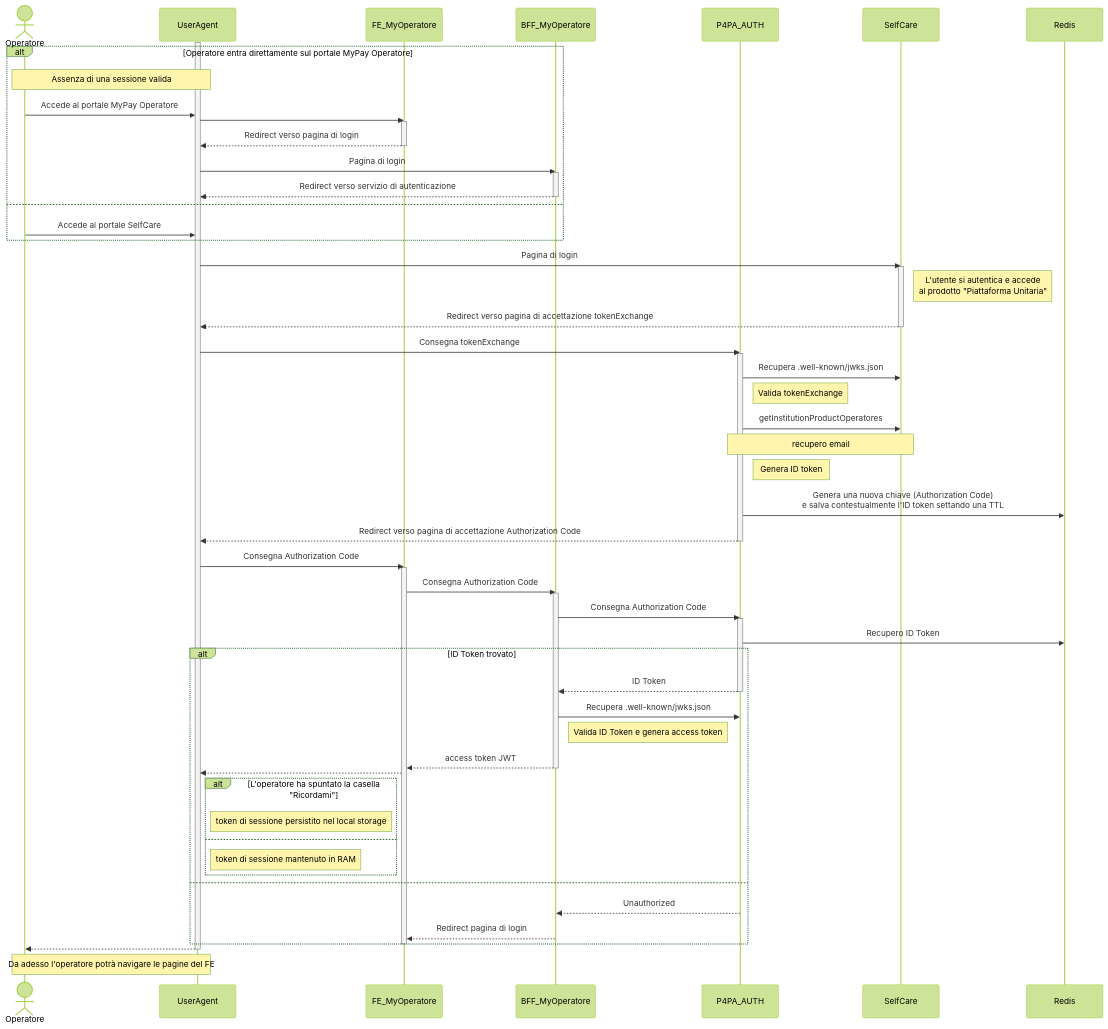
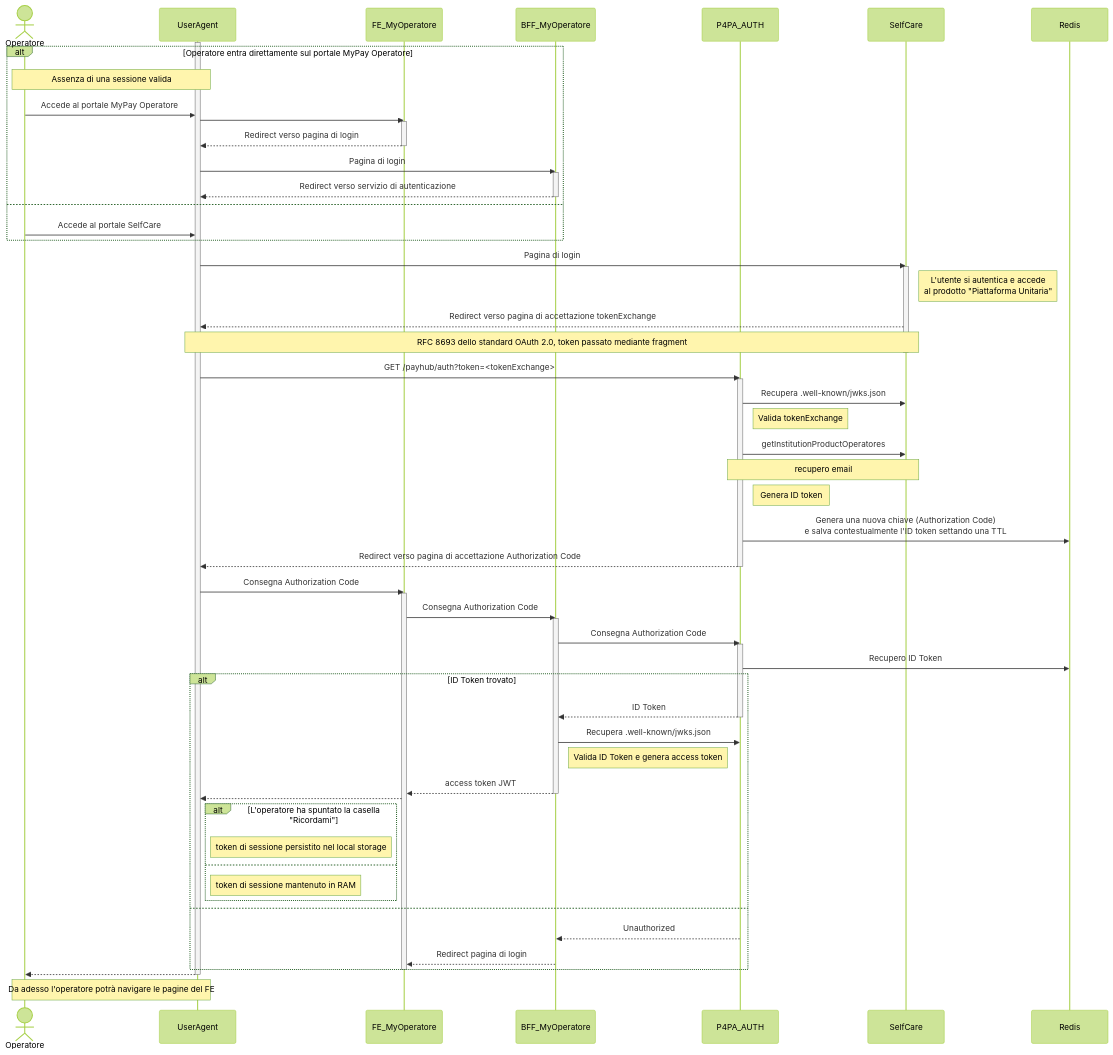
Before and after one commit to pagopa/p4pa-doc: the diagram in confluence/DesignReview/AutenticazioneEAutorizzazioneInMyPayOperatore/TOBE_auth.mmd, drawn with Mermaid (forest theme). The commit also changed 1 other file, not shown here.

Commit message:
explicitly documenting OAuth2 TokenExchange usage by SelfCare

```diff
--- a/confluence/DesignReview/AutenticazioneEAutorizzazioneInMyPayOperatore/TOBE_auth.mmd
+++ b/confluence/DesignReview/AutenticazioneEAutorizzazioneInMyPayOperatore/TOBE_auth.mmd
@@ -1,77 +1,78 @@
 sequenceDiagram
     actor Operatore
     participant UserAgent
     participant FE as FE_MyOperatore
     participant BFF as BFF_MyOperatore
     participant AUTH as P4PA_AUTH
     participant SelfCare
     participant Redis
 
 
     activate UserAgent
-alt Operatore entra direttamente sul portale MyPay Operatore
-note over Operatore, UserAgent: Assenza di una sessione valida
-Operatore ->> UserAgent: Accede al portale MyPay Operatore
+    alt Operatore entra direttamente sul portale MyPay Operatore
+    note over Operatore, UserAgent: Assenza di una sessione valida
+    Operatore ->> UserAgent: Accede al portale MyPay Operatore
 
-UserAgent ->> FE: 
-            activate FE
-FE -->> UserAgent: Redirect verso pagina di login
-deactivate FE
+    UserAgent ->> FE: #
+    activate FE
+    FE -->> UserAgent: Redirect verso pagina di login
+    deactivate FE
 
-UserAgent ->> BFF: Pagina di login
-activate BFF
-BFF -->> UserAgent: Redirect verso servizio di autenticazione
-deactivate BFF
-else
-Operatore ->> UserAgent: Accede al portale SelfCare
-end
+    UserAgent ->> BFF: Pagina di login
+    activate BFF
+    BFF -->> UserAgent: Redirect verso servizio di autenticazione
+    deactivate BFF
+    else
+    Operatore ->> UserAgent: Accede al portale SelfCare
+    end
 
-UserAgent ->> SelfCare: Pagina di login
-activate SelfCare
-note right of SelfCare: L'utente si autentica e accede<br />al prodotto "Piattaforma Unitaria"
-SelfCare -->> UserAgent: Redirect verso pagina di accettazione tokenExchange
-deactivate SelfCare
+    UserAgent ->> SelfCare: Pagina di login
+    activate SelfCare
+    note right of SelfCare: L'utente si autentica e accede<br />al prodotto "Piattaforma Unitaria"
+    SelfCare -->> UserAgent: Redirect verso pagina di accettazione tokenExchange
+    note over UserAgent, SelfCare: RFC 8693 dello standard OAuth 2.0, token passato mediante fragment
+    deactivate SelfCare
 
-UserAgent ->> AUTH: Consegna tokenExchange
-activate AUTH
-AUTH ->> SelfCare: Recupera .well-known/jwks.json
-note right of AUTH: Valida tokenExchange
-AUTH ->> SelfCare: getInstitutionProductOperatores
-note over AUTH, SelfCare: recupero email
-note right of AUTH: Genera ID token
-AUTH ->> Redis: Genera una nuova chiave (Authorization Code)<BR />e salva contestualmente l'ID token settando una TTL
-AUTH -->> UserAgent: Redirect verso pagina di accettazione Authorization Code
-deactivate AUTH
+    UserAgent ->> AUTH: GET /payhub/auth?token=<tokenExchange>
+    activate AUTH
+    AUTH ->> SelfCare: Recupera .well-known/jwks.json
+    note right of AUTH: Valida tokenExchange
+    AUTH ->> SelfCare: getInstitutionProductOperatores
+    note over AUTH, SelfCare: recupero email
+    note right of AUTH: Genera ID token
+    AUTH ->> Redis: Genera una nuova chiave (Authorization Code)<BR />e salva contestualmente l'ID token settando una TTL
+    AUTH -->> UserAgent: Redirect verso pagina di accettazione Authorization Code
+    deactivate AUTH
 
-UserAgent ->> FE: Consegna Authorization Code
-activate FE
-FE ->> BFF: Consegna Authorization Code
-activate BFF
-BFF ->> AUTH: Consegna Authorization Code
+    UserAgent ->> FE: Consegna Authorization Code
+    activate FE
+    FE ->> BFF: Consegna Authorization Code
+    activate BFF
+    BFF ->> AUTH: Consegna Authorization Code
 
-activate AUTH
-AUTH ->> Redis: Recupero ID Token
-alt ID Token trovato
-AUTH -->> BFF: ID Token
-deactivate AUTH
+    activate AUTH
+    AUTH ->> Redis: Recupero ID Token
+    alt ID Token trovato
+    AUTH -->> BFF: ID Token
+    deactivate AUTH
 
-BFF ->> AUTH: Recupera .well-known/jwks.json
-note right of BFF: Valida ID Token e genera access token
-BFF -->> FE: access token JWT
-deactivate BFF
-FE -->> UserAgent: 
-alt L'operatore ha spuntato la casella "Ricordami"
-note right of UserAgent: token di sessione persistito nel local storage
-else
-note right of UserAgent: token di sessione mantenuto in RAM
-end
-else
-AUTH -->> BFF: Unauthorized
-BFF -->> FE: Redirect pagina di login
-end
-deactivate FE
+    BFF ->> AUTH: Recupera .well-known/jwks.json
+    note right of BFF: Valida ID Token e genera access token
+    BFF -->> FE: access token JWT
+    deactivate BFF
+    FE -->> UserAgent: #
+    alt L'operatore ha spuntato la casella "Ricordami"
+    note right of UserAgent: token di sessione persistito nel local storage
+    else
+    note right of UserAgent: token di sessione mantenuto in RAM
+    end
+    else
+    AUTH -->> BFF: Unauthorized
+    BFF -->> FE: Redirect pagina di login
+    end
+    deactivate FE
 
-UserAgent -->> Operatore: 
-deactivate UserAgent
+    UserAgent -->> Operatore: #
+    deactivate UserAgent
 
-note over Operatore, UserAgent: Da adesso l'operatore potrà navigare le pagine del FE
+    note over Operatore, UserAgent: Da adesso l'operatore potrà navigare le pagine del FE
```
